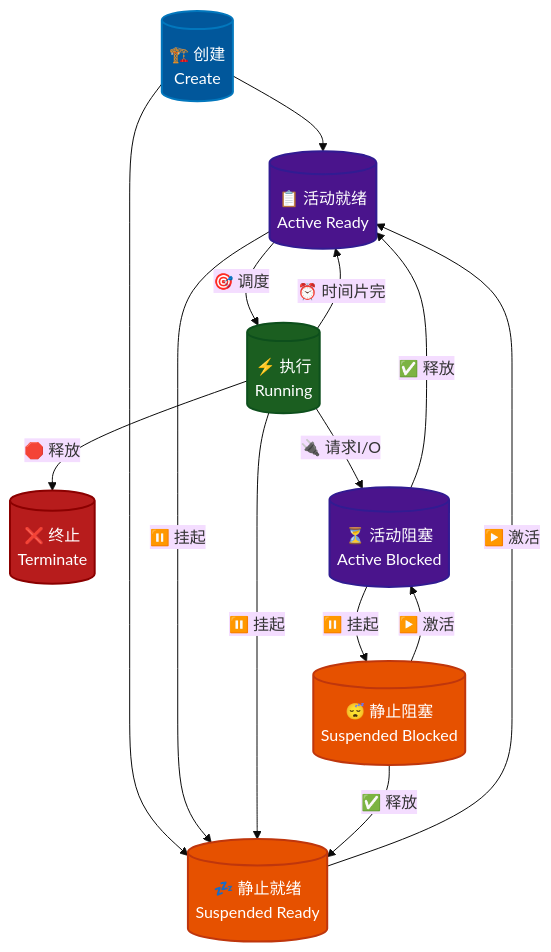
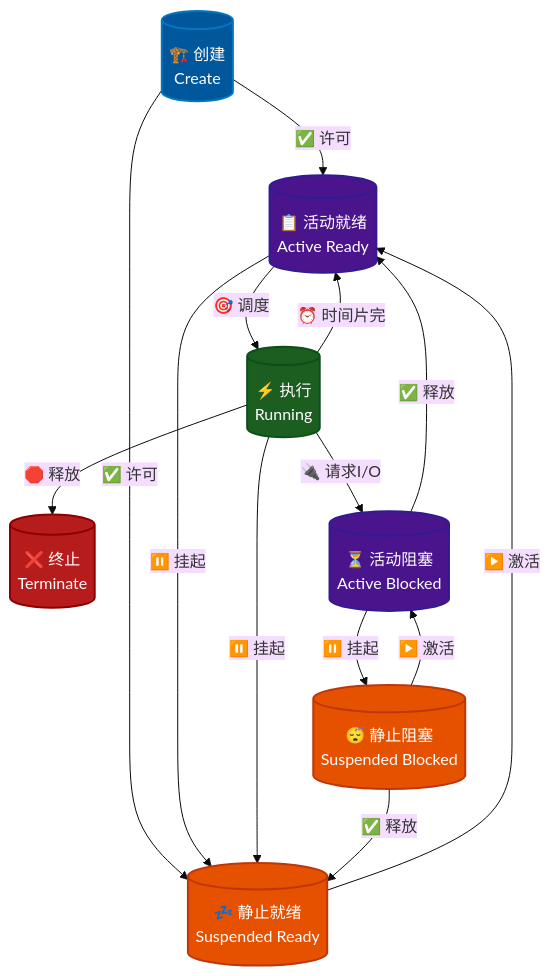
The third of 3 diagrams in docs/notes/os/process.md (virtualguard101/wiki), drawn with Mermaid (base theme) before and after one commit. The commit also changed other lines of this file, not shown here.

Commit message:
note: update os-process

````diff
--- a/docs/notes/os/process.md
+++ b/docs/notes/os/process.md
@@ -198,37 +198,37 @@
 ```mermaid
 graph TD
     %% 定义节点样式 - 兼容dark/light模式
     classDef createState fill:#01579b,stroke:#0277bd,stroke-width:2px,color:#ffffff
     classDef activeState fill:#4a148c,stroke:#311b92,stroke-width:2px,color:#ffffff
     classDef suspendedState fill:#e65100,stroke:#bf360c,stroke-width:2px,color:#ffffff
     classDef runningState fill:#1b5e20,stroke:#0d4f1c,stroke-width:2px,color:#ffffff
     classDef terminateState fill:#b71c1c,stroke:#8b0000,stroke-width:2px,color:#ffffff
 
     %% 创建状态
-    A[("🏗️ 创建<br/>Create")] --> B[("📋 活动就绪<br/>Active Ready")]
-    A --> C[("💤 静止就绪<br/>Suspended Ready")]
+    A[("🏗️ 创建<br/>Create")] --> |"✅ 许可"| B[("📋 活动就绪<br/>Active Ready")]
+    A --> |"✅ 许可"| C[("💤 静止就绪<br/>Suspended Ready")]
     
     %% 活动就绪相关转换
     B -->|"⏸️ 挂起"| C
     C -->|"▶️ 激活"| B
     B -->|"🎯 调度"| D[("⚡ 执行<br/>Running")]
     
     %% 执行状态相关转换
     D -->|"⏰ 时间片完"| B
     D -->|"🛑 释放"| E[("❌ 终止<br/>Terminate")]
     D -->|"⏸️ 挂起"| C
     D -->|"🔌 请求I/O"| F[("⏳ 活动阻塞<br/>Active Blocked")]
     
     %% 阻塞状态相关转换
     F -->|"✅ 释放"| B
     F -->|"⏸️ 挂起"| G[("😴 静止阻塞<br/>Suspended Blocked")]
     G -->|"▶️ 激活"| F
     G -->|"✅ 释放"| C
 
     %% 应用样式
     class A createState
     class B,F activeState
     class C,G suspendedState
     class D runningState
     class E terminateState
 ```
````
